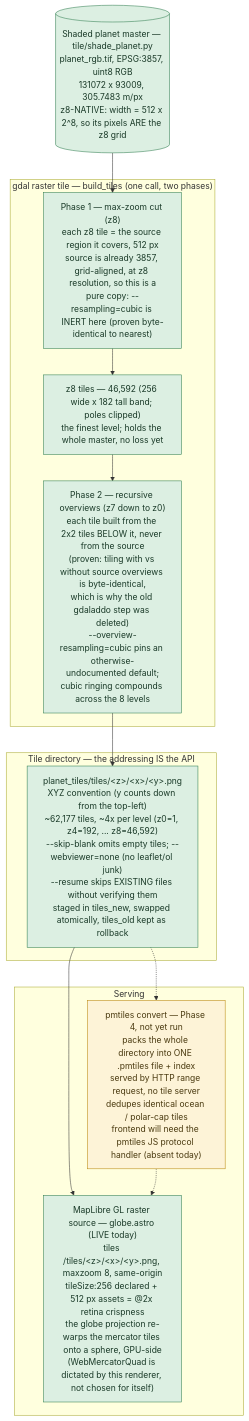
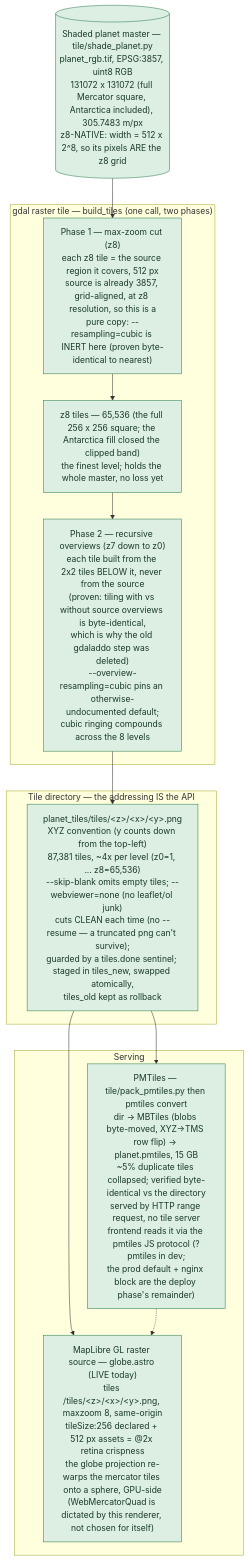
The diagram in docs/tiling.mmd (Alchez/terrella), drawn with Mermaid before and after one commit. The commit also changed 11 other files, not shown here.

Commit message:
docs: PROCESS dateless + config-qualified; docs/ diagrams+runbook caught up to built state

```diff
--- a/docs/tiling.mmd
+++ b/docs/tiling.mmd
@@ -1,36 +1,35 @@
 %% Tiling and serving — how the shaded 3857 master becomes a served tile pyramid.
 %% Companion to pipeline-detail.mmd, which compresses all of this into its single
 %% "gdal raster tile" node (T2). Update both when the tiling stage changes.
 
 flowchart TD
 
-  M[("Shaded planet master — tile/shade_planet.py<br/>planet_rgb.tif, EPSG:3857, uint8 RGB<br/>131072 x 93009, 305.7483 m/px<br/>z8-NATIVE: width = 512 x 2^8, so its pixels ARE the z8 grid")]
+  M[("Shaded planet master — tile/shade_planet.py<br/>planet_rgb.tif, EPSG:3857, uint8 RGB<br/>131072 x 131072 (full Mercator square, Antarctica included), 305.7483 m/px<br/>z8-NATIVE: width = 512 x 2^8, so its pixels ARE the z8 grid")]
 
   subgraph CUT["gdal raster tile — build_tiles (one call, two phases)"]
     P1["Phase 1 — max-zoom cut (z8)<br/>each z8 tile = the source region it covers, 512 px<br/>source is already 3857, grid-aligned, at z8 resolution, so this is a<br/>pure copy: --resampling=cubic is INERT here (proven byte-identical to nearest)"]
-    Z8["z8 tiles — 46,592 (256 wide x 182 tall band; poles clipped)<br/>the finest level; holds the whole master, no loss yet"]
+    Z8["z8 tiles — 65,536 (the full 256 x 256 square; the Antarctica fill closed the clipped band)<br/>the finest level; holds the whole master, no loss yet"]
     P2["Phase 2 — recursive overviews (z7 down to z0)<br/>each tile built from the 2x2 tiles BELOW it, never from the source<br/>(proven: tiling with vs without source overviews is byte-identical,<br/>which is why the old gdaladdo step was deleted)<br/>--overview-resampling=cubic pins an otherwise-undocumented default;<br/>cubic ringing compounds across the 8 levels"]
   end
 
   subgraph OUT["Tile directory — the addressing IS the API"]
-    DIR["planet_tiles/tiles/&lt;z&gt;/&lt;x&gt;/&lt;y&gt;.png<br/>XYZ convention (y counts down from the top-left)<br/>~62,177 tiles, ~4x per level (z0=1, z4=192, ... z8=46,592)<br/>--skip-blank omits empty tiles; --webviewer=none (no leaflet/ol junk)<br/>--resume skips EXISTING files without verifying them<br/>staged in tiles_new, swapped atomically, tiles_old kept as rollback"]
+    DIR["planet_tiles/tiles/&lt;z&gt;/&lt;x&gt;/&lt;y&gt;.png<br/>XYZ convention (y counts down from the top-left)<br/>87,381 tiles, ~4x per level (z0=1, ... z8=65,536)<br/>--skip-blank omits empty tiles; --webviewer=none (no leaflet/ol junk)<br/>cuts CLEAN each time (no --resume — a truncated png can't survive);<br/>guarded by a tiles.done sentinel; staged in tiles_new, swapped atomically,<br/>tiles_old kept as rollback"]
   end
 
   subgraph SERVE["Serving"]
     ML["MapLibre GL raster source — globe.astro (LIVE today)<br/>tiles /tiles/&lt;z&gt;/&lt;x&gt;/&lt;y&gt;.png, maxzoom 8, same-origin<br/>tileSize:256 declared + 512 px assets = @2x retina crispness<br/>the globe projection re-warps the mercator tiles onto a sphere, GPU-side<br/>(WebMercatorQuad is dictated by this renderer, not chosen for itself)"]
-    PM["pmtiles convert — Phase 4, not yet run<br/>packs the whole directory into ONE .pmtiles file + index<br/>served by HTTP range request, no tile server<br/>dedupes identical ocean / polar-cap tiles<br/>frontend will need the pmtiles JS protocol handler (absent today)"]
+    PM["PMTiles — tile/pack_pmtiles.py then pmtiles convert<br/>dir → MBTiles (blobs byte-moved, XYZ→TMS row flip) → planet.pmtiles, 15 GB<br/>~5% duplicate tiles collapsed; verified byte-identical vs the directory<br/>served by HTTP range request, no tile server<br/>frontend reads it via the pmtiles JS protocol (?pmtiles in dev;<br/>the prod default + nginx block are the deploy phase's remainder)"]
   end
 
   M --> P1
   P1 --> Z8
   Z8 --> P2
   P2 --> DIR
   DIR --> ML
-  DIR -.-> PM
+  DIR --> PM
   PM -.-> ML
 
   classDef done fill:#dcefe2,stroke:#2e7d4f,color:#1a3a28
   classDef next fill:#fdf3d7,stroke:#b8860b,color:#4a3a10
 
-  class M,P1,Z8,P2,DIR,ML done
-  class PM next
+  class M,P1,Z8,P2,DIR,ML,PM done
```
